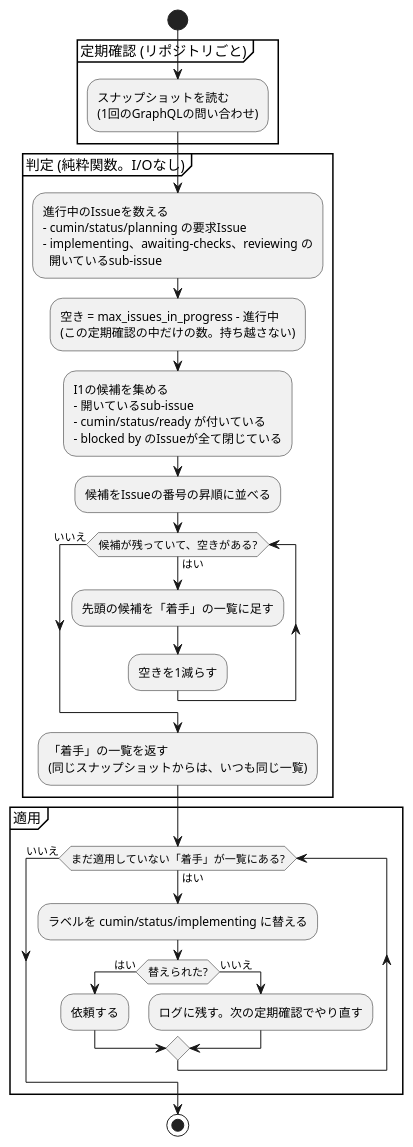
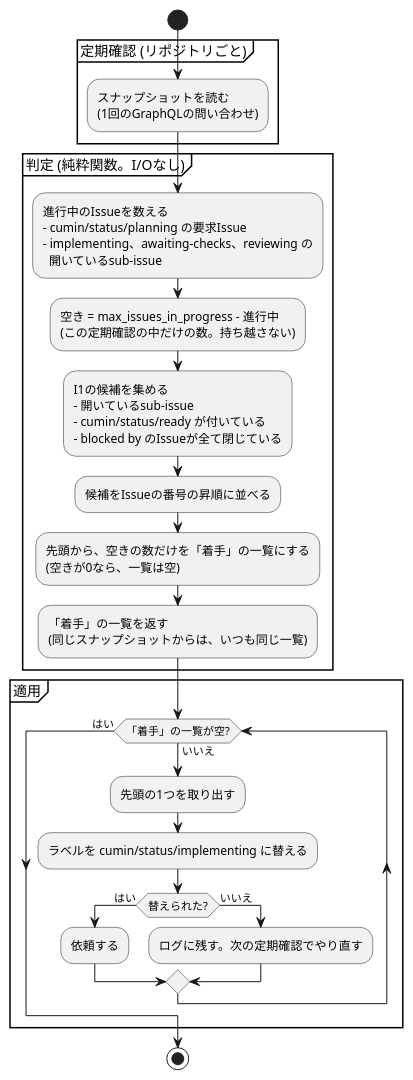
One commit to cloveclovedev/cumin-works changed the diagram in docs/ja/designs/cumin-core-decide.puml. Above: the diagram before and after it, drawn with PlantUML. The commit also changed 1 other file, not shown here.

```diff
--- a/docs/ja/designs/cumin-core-decide.puml
+++ b/docs/ja/designs/cumin-core-decide.puml
@@ -1,43 +1,42 @@
 @startuml cumin-core-decide
 ' cumin works - 定期確認の判定。スナップショットから動作の列を決める。
 ' 行の番号 (I1 など) は issue-states.md の表に対応する。
 ' SVGの書き出し: リポジトリの直下で scripts/render-diagrams.sh を実行する。
 skinparam shadowing false
 skinparam defaultFontName sans-serif
 
 start
 partition "定期確認 (リポジトリごと)" {
   :スナップショットを読む
   (1回のGraphQLの問い合わせ);
 }
 partition "判定 (純粋関数。I/Oなし)" {
   :進行中のIssueを数える
   - cumin/status/planning の要求Issue
   - implementing、awaiting-checks、reviewing の
     開いているsub-issue;
   :空き = max_issues_in_progress - 進行中
   (この定期確認の中だけの数。持ち越さない);
   :I1の候補を集める
   - 開いているsub-issue
   - cumin/status/ready が付いている
   - blocked by のIssueが全て閉じている;
   :候補をIssueの番号の昇順に並べる;
-  while (候補が残っていて、空きがある?) is (はい)
-    :先頭の候補を「着手」の一覧に足す;
-    :空きを1減らす;
-  endwhile (いいえ)
+  :先頭から、空きの数だけを「着手」の一覧にする
+  (空きが0なら、一覧は空);
   :「着手」の一覧を返す
   (同じスナップショットからは、いつも同じ一覧);
 }
 partition "適用" {
-  while (まだ適用していない「着手」が一覧にある?) is (はい)
+  while (「着手」の一覧が空?) is (いいえ)
+    :先頭の1つを取り出す;
     :ラベルを cumin/status/implementing に替える;
     if (替えられた?) then (はい)
       :依頼する;
     else (いいえ)
       :ログに残す。次の定期確認でやり直す;
     endif
-  endwhile (いいえ)
+  endwhile (はい)
 }
 stop
 @enduml
```
